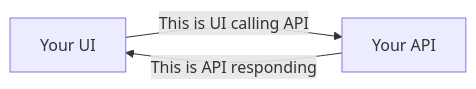
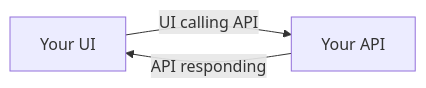
One commit to SruthiKorembathe/CICDImplementation changed the diagram in Examples-of-diagramming.md. Above: the diagram before and after it, drawn with Mermaid.

Commit message:
Less pendantic

````diff
--- a/Examples-of-diagramming.md
+++ b/Examples-of-diagramming.md
@@ -25,11 +25,11 @@
 ```mermaid
 ---
 Title: Simple example
 ---
 flowchart LR
   UI[Your UI]
   API[Your API]
 
-UI -->|This is UI calling API| API
-API -->|This is API responding| UI
+UI -->|UI calling API| API
+API -->|API responding| UI
 ```
````
